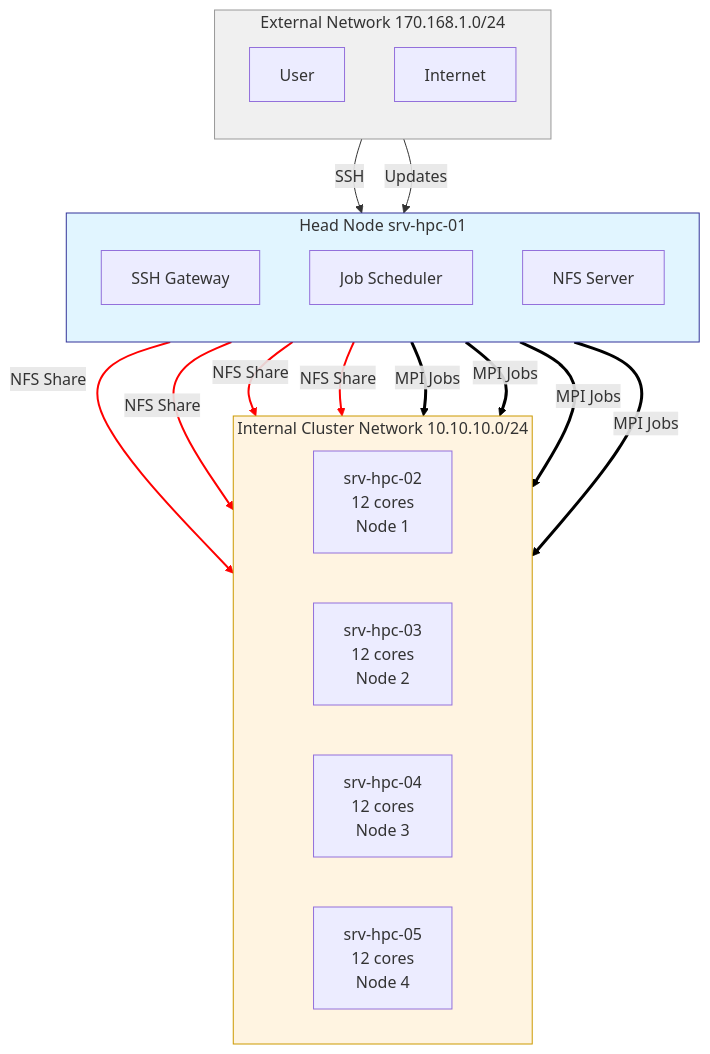
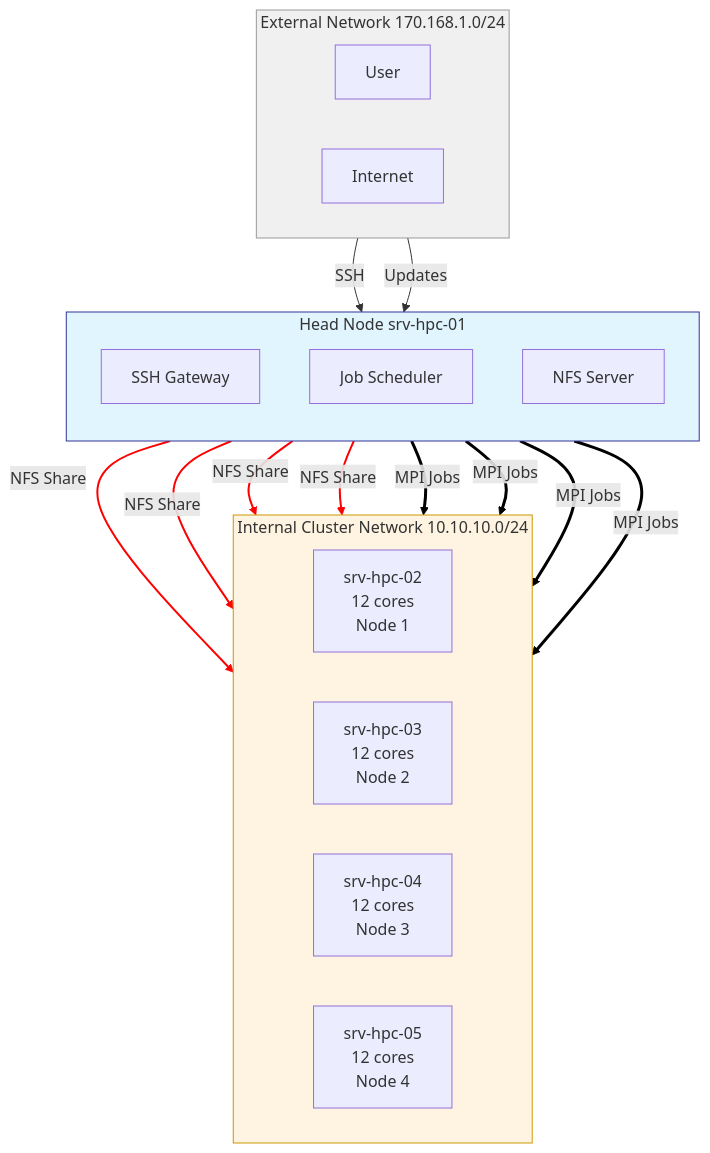
Before and after one commit to maltsev-andrey/hpc-cluster-slurm-mpi: the diagram in README.md, drawn with Mermaid.

````diff
--- a/README.md
+++ b/README.md
@@ -44,51 +44,51 @@
 ```mermaid
 graph TB
     %% External network
     subgraph EXT["External Network 170.168.1.0/24"]
-        direction TB
+        direction LR
         User[User]
         Internet[Internet]
     end
 
     %% Head node
     subgraph HEAD["Head Node srv-hpc-01"]
         direction TB
         SSH[SSH Gateway]
         Scheduler[Job Scheduler]
         NFS[NFS Server]
     end
 
     %% Internal cluster network
     subgraph INT["Internal Cluster Network 10.10.10.0/24"]
         direction LR
         CN1["srv-hpc-02<br/>12 cores<br/>Node 1"]
         CN2["srv-hpc-03<br/>12 cores<br/>Node 2"]
         CN3["srv-hpc-04<br/>12 cores<br/>Node 3"]
         CN4["srv-hpc-05<br/>12 cores<br/>Node 4"]
     end
 
     %% Connections - order matters for linkStyle
     User -->|SSH| SSH
     Internet -->|Updates| HEAD
     NFS -->|NFS Share| CN1
     NFS -->|NFS Share| CN2
     NFS -->|NFS Share| CN3
     NFS -->|NFS Share| CN4
     Scheduler -->|MPI Jobs| CN1
     Scheduler -->|MPI Jobs| CN2
     Scheduler -->|MPI Jobs| CN3
     Scheduler -->|MPI Jobs| CN4
 
     %% Link styles - links are numbered 0,1,2,3... in order of appearance
     %% Links 0,1: SSH and Updates
     %% Links 2,3,4,5: NFS Share - RED
     %% Links 6,7,8,9: MPI Jobs - BOLD BLACK
     linkStyle 2,3,4,5 stroke:#ff0000,stroke-width:2px
     linkStyle 6,7,8,9 stroke:#000000,stroke-width:3px
 
     %% Styles
     style EXT fill:#f0f0f0,stroke:#999,stroke-width:1px
     style HEAD fill:#e1f5ff,stroke:#339,stroke-width:1px
     style INT fill:#fff4e1,stroke:#c90,stroke-width:1px
 
 ```
````
